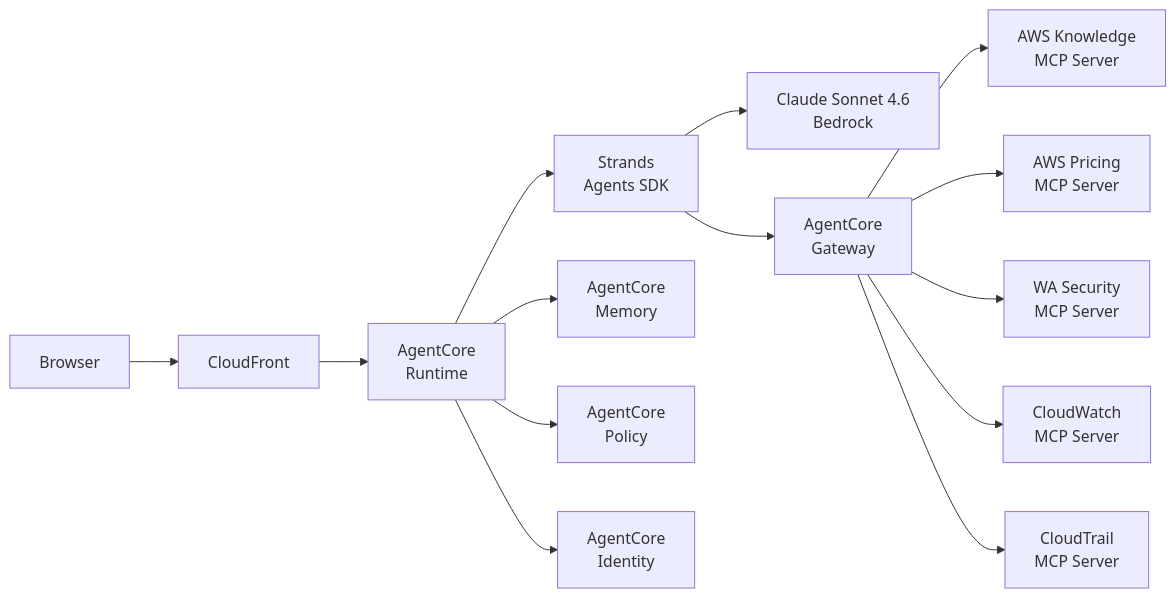
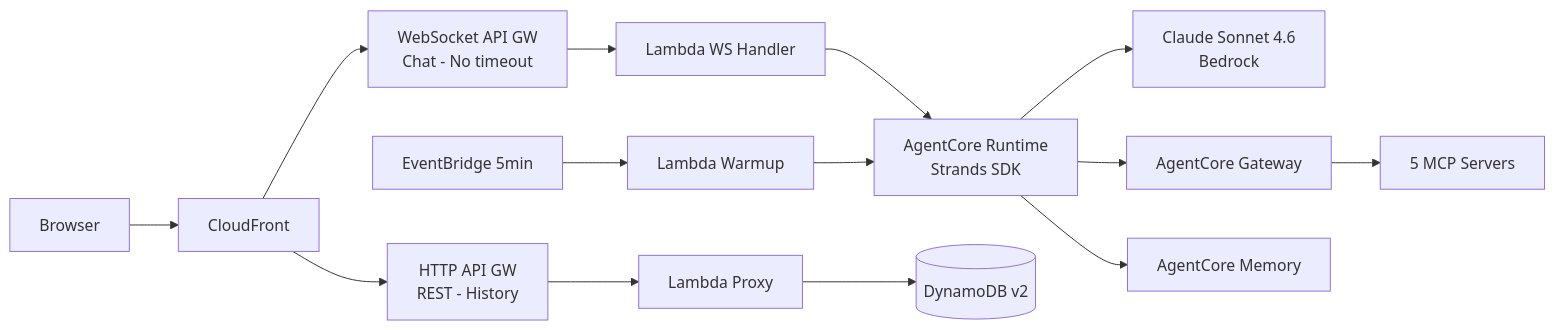
Before and after one commit to RayihBou/AWS-Launch-Pad: the diagram in README.md, drawn with Mermaid. The commit also changed other lines of this file and 1 other file, not shown here.

Commit message:
Update architecture docs for WebSocket migration
- README: mermaid diagram with WebSocket + HTTP dual API, tech stack updated
- memory.md: architecture diagram, resources table, 6 new learnings, 5 new errors
- cost-estimation.html: services list updated with WebSocket + HTTP APIs

````diff
--- a/README.md
+++ b/README.md
@@ -20,16 +20,15 @@
 ```mermaid
 graph LR
     A[Browser] --> B[CloudFront]
-    B --> C[AgentCore<br/>Runtime]
-    C --> D[Strands<br/>Agents SDK]
-    D --> E[Claude Sonnet 4.6<br/>Bedrock]
-    D --> F[AgentCore<br/>Gateway]
-    F --> G[AWS Knowledge<br/>MCP Server]
-    F --> H[AWS Pricing<br/>MCP Server]
-    F --> I[WA Security<br/>MCP Server]
-    F --> J[CloudWatch<br/>MCP Server]
-    F --> N[CloudTrail<br/>MCP Server]
-    C --> K[AgentCore<br/>Memory]
-    C --> L[AgentCore<br/>Policy]
-    C --> M[AgentCore<br/>Identity]
+    B --> C1[WebSocket API GW<br/>Chat - No timeout]
+    B --> C2[HTTP API GW<br/>REST - History]
+    C1 --> D[Lambda WS Handler]
+    C2 --> D2[Lambda Proxy]
+    D --> E[AgentCore Runtime<br/>Strands SDK]
+    D2 --> DB[(DynamoDB v2)]
+    E --> F[Claude Sonnet 4.6<br/>Bedrock]
+    E --> G[AgentCore Gateway]
+    G --> H[5 MCP Servers]
+    E --> I[AgentCore Memory]
+    EB[EventBridge 5min] --> W[Lambda Warmup] --> E
 ```
````
